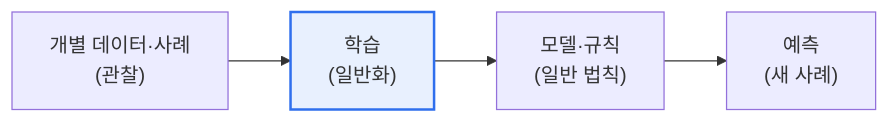
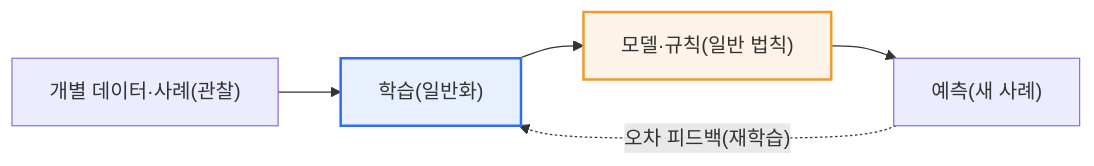
One commit to coninggu/wjdqhrhksflrltnftk changed the first of 2 diagrams in content/inductive-ml.md. Above: the diagram before and after it, drawn with Mermaid. The commit also changed other lines of this file and 3 other files, not shown here.

````diff
--- a/content/inductive-ml.md
+++ b/content/inductive-ml.md
@@ -15,5 +24,9 @@
 ```mermaid
 flowchart LR
-  D["개별 데이터·사례<br/>(관찰)"] --> L["학습<br/>(일반화)"] --> M["모델·규칙<br/>(일반 법칙)"] --> P["예측<br/>(새 사례)"]
+  D["개별 데이터·사례(관찰)"] --> L["학습(일반화)"]
+  L --> M["모델·규칙(일반 법칙)"]
+  M --> P["예측(새 사례)"]
+  P -. "오차 피드백(재학습)" .-> L
   style L fill:#e8f0fe,stroke:#2f6fed,stroke-width:2px
+  style M fill:#fef3e8,stroke:#ed9b2f,stroke-width:2px
 ```
````
